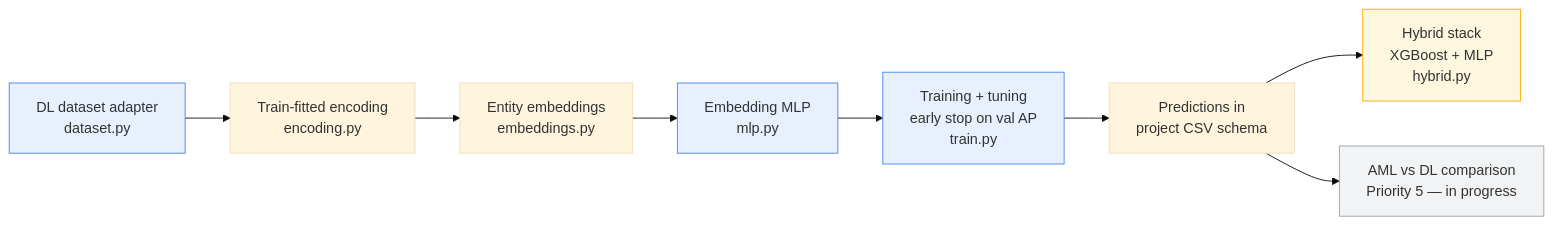
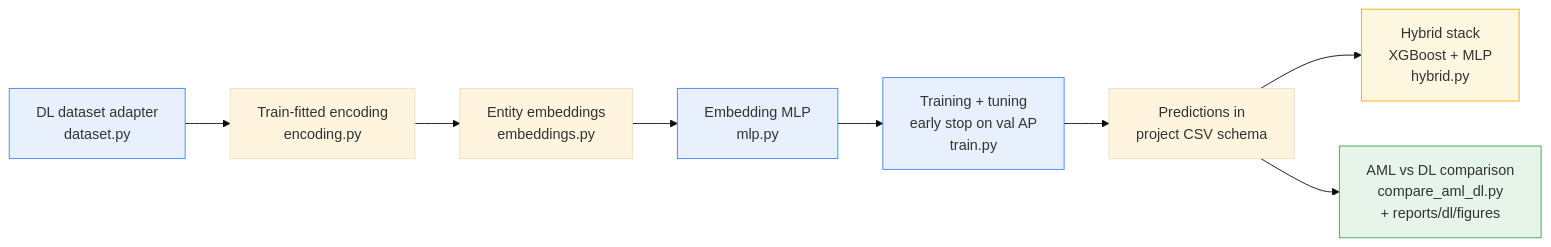
Before and after one commit to samiksha-jangid27/flight-delay-prediction: the second of 2 diagrams in README.md, drawn with Mermaid (base theme). The commit also changed other lines of this file and 22 other files, not shown here.

````diff
--- a/README.md
+++ b/README.md
@@ -331,16 +331,16 @@
 ```mermaid
 flowchart LR
     A[DL dataset adapter<br/>dataset.py] --> B[Train-fitted encoding<br/>encoding.py]
     B --> C[Entity embeddings<br/>embeddings.py]
     C --> D[Embedding MLP<br/>mlp.py]
     D --> E[Training + tuning<br/>early stop on val AP<br/>train.py]
     E --> F[Predictions in<br/>project CSV schema]
     F --> G[Hybrid stack<br/>XGBoost + MLP<br/>hybrid.py]
-    F --> H[AML vs DL comparison<br/>Priority 5 — in progress]
+    F --> H[AML vs DL comparison<br/>compare_aml_dl.py<br/>+ reports/dl/figures]
 
     style A fill:#e8f0fe,stroke:#4285f4
     style D fill:#e8f0fe,stroke:#4285f4
     style E fill:#e8f0fe,stroke:#4285f4
     style G fill:#fef7e0,stroke:#f9ab00
-    style H fill:#f1f3f4,stroke:#9aa0a6
+    style H fill:#e6f4ea,stroke:#34a853
 ```
````
